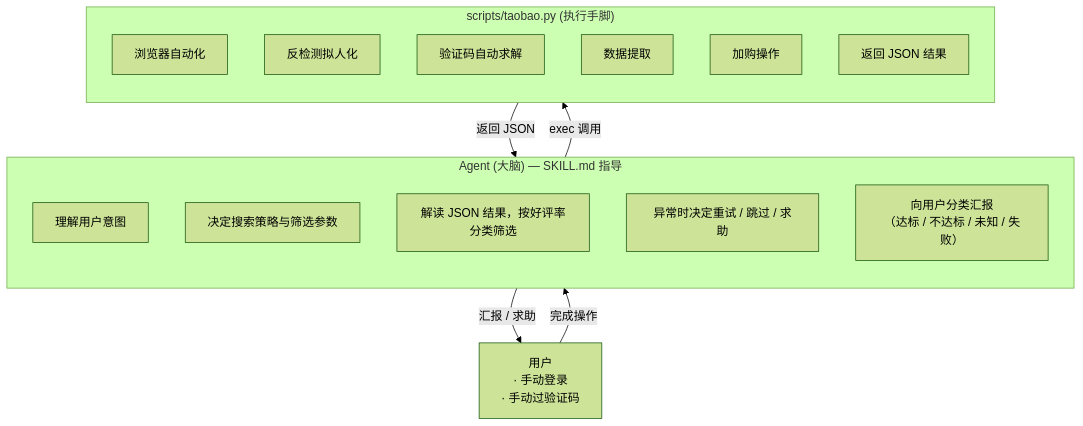
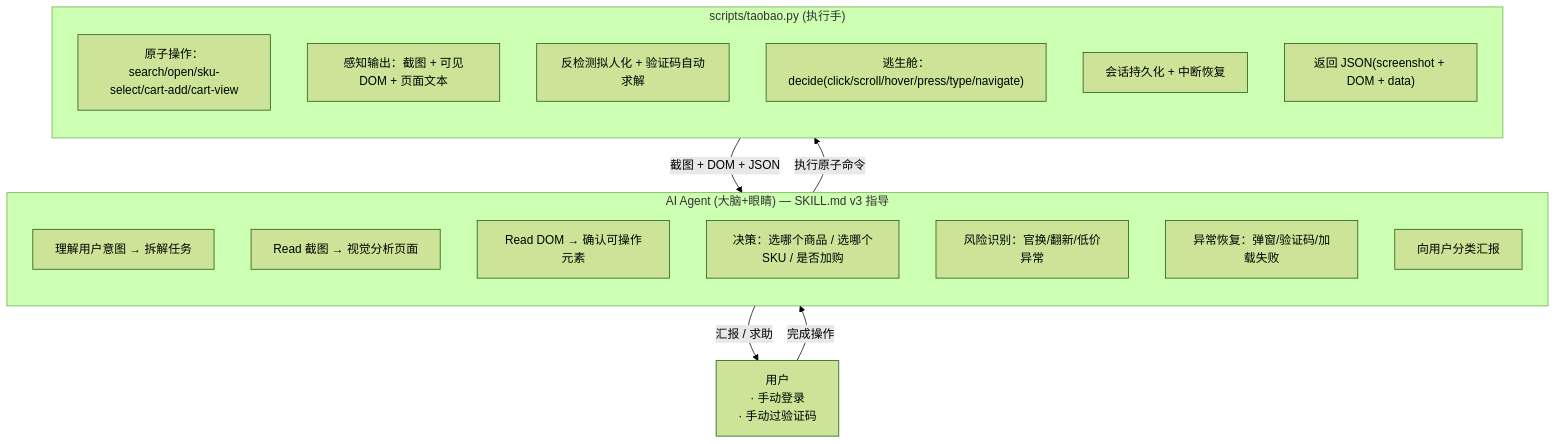
The diagram in README.md (GreenhandTan/Taobao-Search-Skill), drawn with Mermaid (forest theme) before and after one commit. The commit also changed other lines of this file and 5 other files, not shown here.

First line of the commit message:
feat: 架构升级为视觉Agent —— AI看图决策、原子操作、双重感知

````diff
--- a/README.md
+++ b/README.md
@@ -18,28 +18,30 @@
 ```mermaid
 flowchart TB
-    subgraph Brain["Agent (大脑) — SKILL.md 指导"]
+    subgraph Brain["AI Agent (大脑+眼睛) — SKILL.md v3 指导"]
         direction TB
-        B1["理解用户意图"]
-        B2["决定搜索策略与筛选参数"]
-        B3["解读 JSON 结果，按好评率分类筛选"]
-        B4["异常时决定重试 / 跳过 / 求助"]
-        B5["向用户分类汇报<br/>（达标 / 不达标 / 未知 / 失败）"]
+        B1["理解用户意图 → 拆解任务"]
+        B2["Read 截图 → 视觉分析页面"]
+        B3["Read DOM → 确认可操作元素"]
+        B4["决策：选哪个商品 / 选哪个SKU / 是否加购"]
+        B5["风险识别：官换/翻新/低价异常"]
+        B6["异常恢复：弹窗/验证码/加载失败"]
+        B7["向用户分类汇报"]
     end
 
-    subgraph Hands["scripts/taobao.py (执行手脚)"]
+    subgraph Hands["scripts/taobao.py (执行手)"]
         direction TB
-        H1["浏览器自动化"]
-        H2["反检测拟人化"]
-        H3["验证码自动求解"]
-        H4["数据提取"]
-        H5["加购操作"]
-        H6["返回 JSON 结果"]
+        H1["原子操作：search/open/sku-select/cart-add/cart-view"]
+        H2["感知输出：截图 + 可见DOM + 页面文本"]
+        H3["反检测拟人化 + 验证码自动求解"]
+        H4["逃生舱：decide(click/scroll/hover/press/type/navigate)"]
+        H5["会话持久化 + 中断恢复"]
+        H6["返回 JSON(screenshot + DOM + data)"]
     end
 
     User["用户<br/>· 手动登录<br/>· 手动过验证码"]
 
-    Brain -->|"exec 调用"| Hands
-    Hands -->|"返回 JSON"| Brain
+    Brain -->|"执行原子命令"| Hands
+    Hands -->|"截图 + DOM + JSON"| Brain
     Brain -->|"汇报 / 求助"| User
     User -->|"完成操作"| Brain
 ```
````
